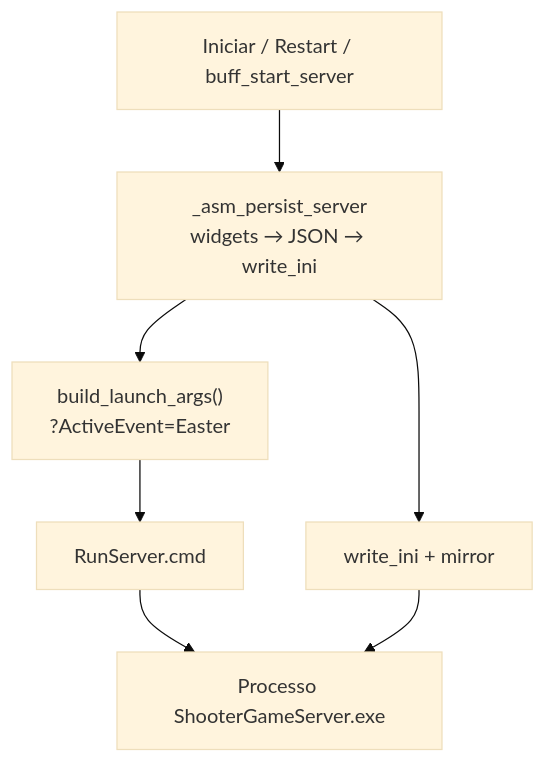
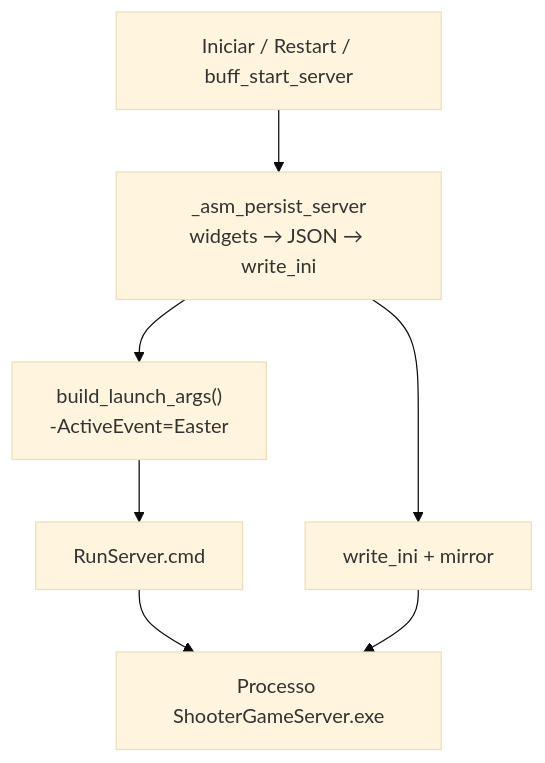
The second of 2 diagrams in docs/ACTIVE_EVENT_TRACE.md (SrLuther/ARKLAND-Multi), drawn with Mermaid (base theme) before and after one commit. The commit also changed other lines of this file and 43 other files, not shown here.

````diff
--- a/docs/ACTIVE_EVENT_TRACE.md
+++ b/docs/ACTIVE_EVENT_TRACE.md
@@ -55,16 +61,16 @@
 ```mermaid
 flowchart TD
     START["Iniciar / Restart / buff_start_server"]
     PERSIST["_asm_persist_server\nwidgets → JSON → write_ini"]
     WI["write_ini + mirror"]
-    ARGS["build_launch_args()\n?ActiveEvent=Easter"]
+    ARGS["build_launch_args()\n-ActiveEvent=Easter"]
     RSC["RunServer.cmd"]
     PROC["Processo ShooterGameServer.exe"]
 
     START --> PERSIST
     PERSIST --> WI
     PERSIST --> ARGS
     ARGS --> RSC
     RSC --> PROC
     WI --> PROC
 ```
````
